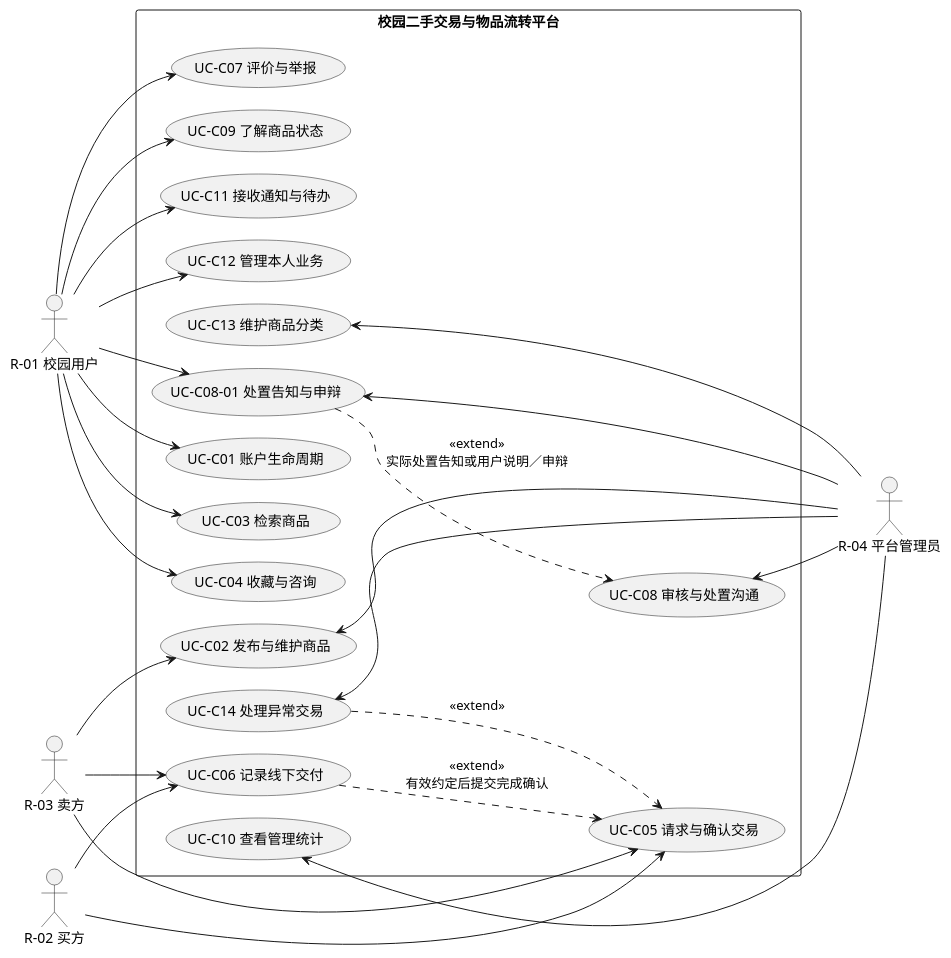
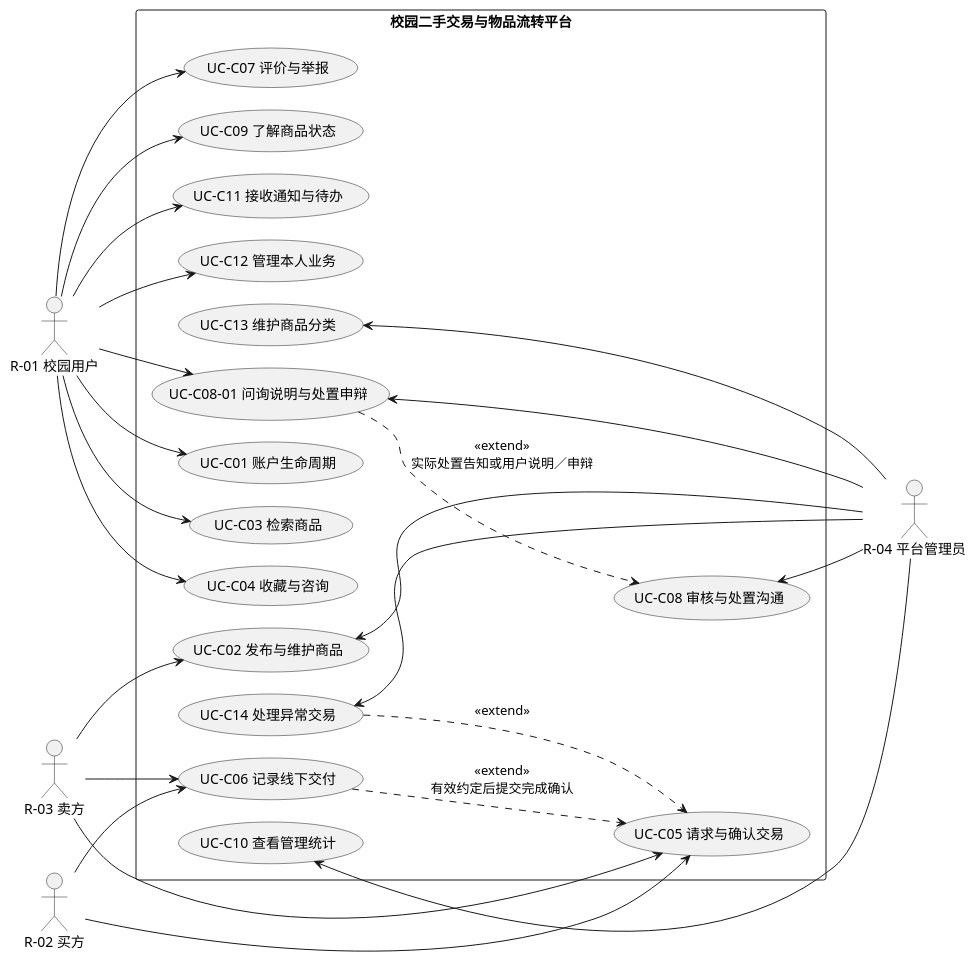
The diagram in docs/appendices/models/UC-01-系统用例图.puml (iy88/se-course-project-1), drawn with PlantUML before and after one commit. The commit also changed 36 other files, not shown here.

First line of the commit message:
docs: 正文与模型一致性修复（规则引用去重、FR↔BR 映射补齐、图源更新）

```diff
--- a/docs/appendices/models/UC-01-系统用例图.puml
+++ b/docs/appendices/models/UC-01-系统用例图.puml
@@ -7,56 +7,56 @@
 @startuml
 left to right direction
 skinparam defaultFontName "PingFang SC"
 skinparam shadowing false
 skinparam packageStyle rectangle
 skinparam nodesep 22
 skinparam ranksep 40
 skinparam defaultTextAlignment center
 
 actor "R-01 校园用户" as A1
 actor "R-02 买方" as A2
 actor "R-03 卖方" as A3
 actor "R-04 平台管理员" as A4
 
 rectangle "校园二手交易与物品流转平台" {
   usecase "UC-C01 账户生命周期" as UC01
   usecase "UC-C03 检索商品" as UC03
   usecase "UC-C04 收藏与咨询" as UC04
   usecase "UC-C07 评价与举报" as UC07
   usecase "UC-C09 了解商品状态" as UC09
   usecase "UC-C11 接收通知与待办" as UC11
   usecase "UC-C12 管理本人业务" as UC12
   usecase "UC-C02 发布与维护商品" as UC02
   usecase "UC-C05 请求与确认交易" as UC05
   usecase "UC-C06 记录线下交付" as UC06
   usecase "UC-C08 审核与处置沟通" as UC08
-  usecase "UC-C08-01 处置告知与申辩" as UC0801
+  usecase "UC-C08-01 问询说明与处置申辩" as UC0801
   usecase "UC-C10 查看管理统计" as UC10
   usecase "UC-C13 维护商品分类" as UC13
   usecase "UC-C14 处理异常交易" as UC14
 }
 
 A1 --> UC01
 A1 --> UC03
 A1 --> UC04
 A1 --> UC07
 A1 --> UC09
 A1 --> UC11
 A1 --> UC12
 A2 --> UC05
 A2 --> UC06
 A3 --> UC02
 A3 --> UC05
 A3 --> UC06
 UC08 <-- A4
 UC0801 <-- A4
 A1 --> UC0801
 UC02 <-- A4
 UC10 <-- A4
 UC13 <-- A4
 UC14 <-- A4
 UC06 ..> UC05 : <<extend>>\n有效约定后提交完成确认
 UC0801 ..> UC08 : <<extend>>\n实际处置告知或用户说明／申辩
 UC14 ..> UC05 : <<extend>>
 
 @enduml
```
